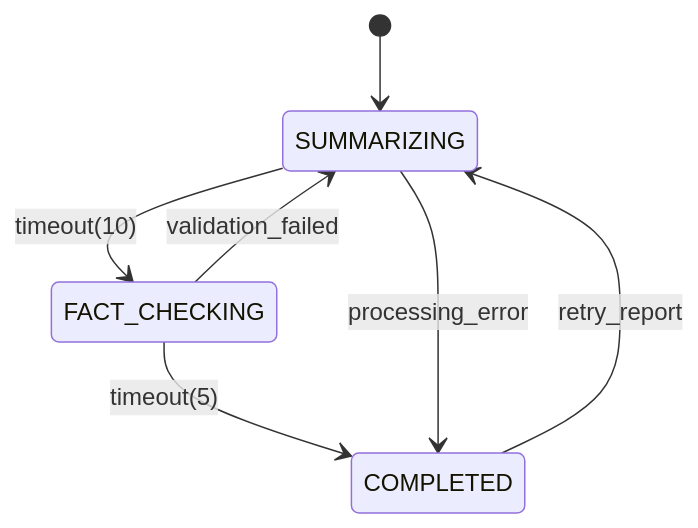
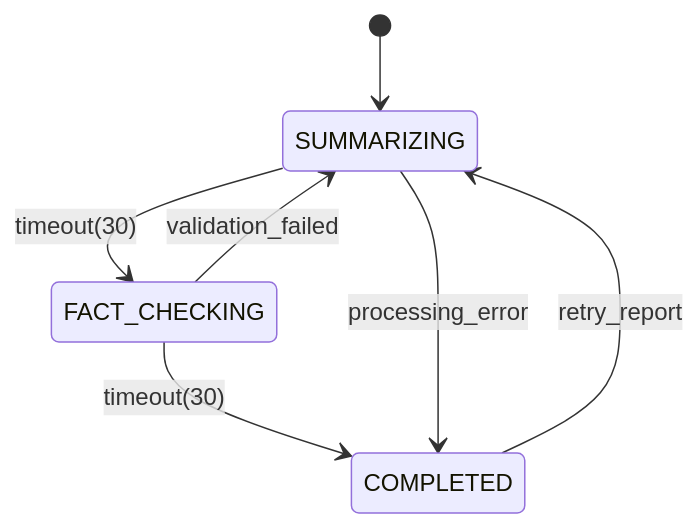
The diagram in docs/fsm-diagrams/patient-records/main.mermaid (sheikkinen/statemachine-engine), drawn with Mermaid before and after one commit. The commit also changed 10 other files, not shown here.

```diff
--- a/docs/fsm-diagrams/patient-records/main.mermaid
+++ b/docs/fsm-diagrams/patient-records/main.mermaid
@@ -1,18 +1,18 @@
 stateDiagram-v2
     [*] --> SUMMARIZING
 
     %% SUMMARIZING (1 states)
     state SUMMARIZING
 
     %% FACT_CHECKING (1 states)
     state FACT_CHECKING
 
     %% COMPLETED (3 states)
     state COMPLETED
 
     %% Transitions between composites
-    SUMMARIZING --> FACT_CHECKING : timeout(10)
-    FACT_CHECKING --> COMPLETED : timeout(5)
+    SUMMARIZING --> FACT_CHECKING : timeout(30)
+    FACT_CHECKING --> COMPLETED : timeout(30)
     FACT_CHECKING --> SUMMARIZING : validation_failed
     SUMMARIZING --> COMPLETED : processing_error
     COMPLETED --> SUMMARIZING : retry_report
```
